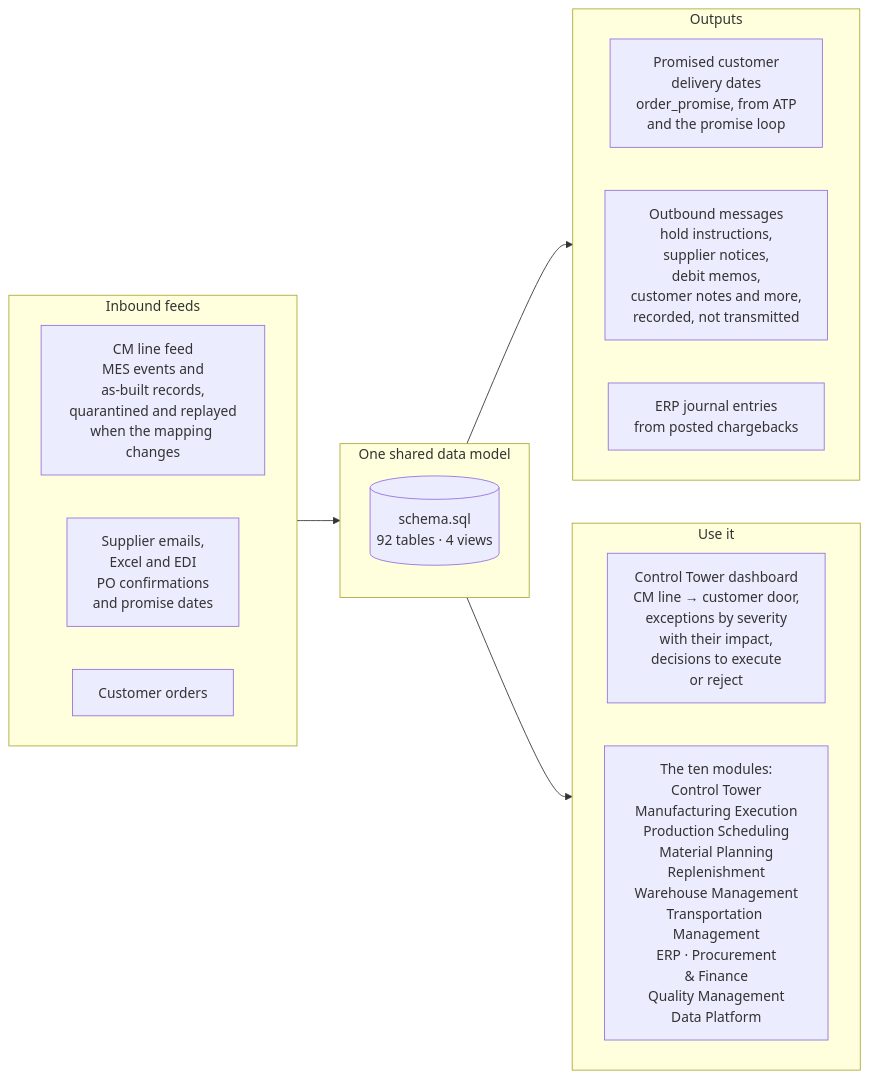
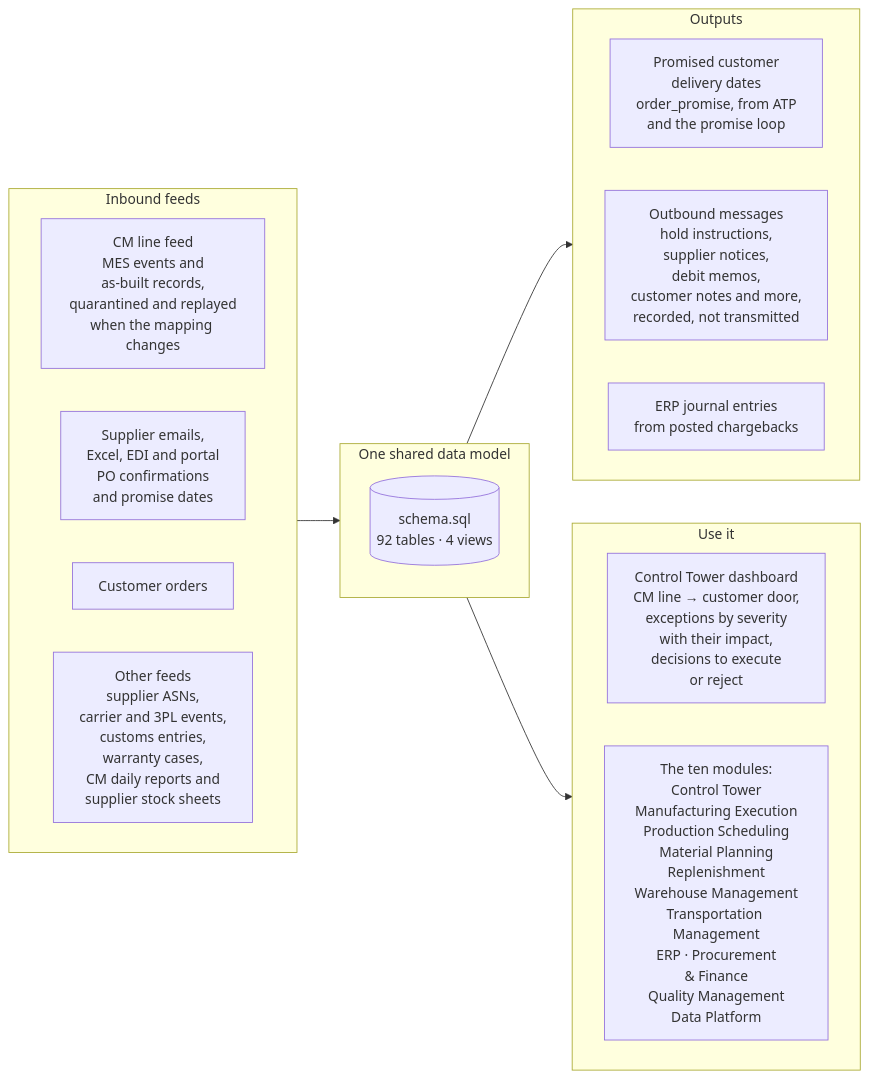
One commit to chris-supply-chain/ops-systems-prototype changed the first of 3 diagrams in README.md. Above: the diagram before and after it, drawn with Mermaid. The commit also changed 1 other file, not shown here.

Commit message:
Diagram shows every inbound feed; walkthrough ranks exceptions by severity
The first README diagram gains an "Other feeds" box (supplier ASNs, carrier
and 3PL events, customs entries, warranty cases, the CM's daily reports and
supplier stock sheets), and the supplier box names the portal, which carries
most PO confirmations. The walkthrough said the Control Tower queue is
ranked by impact; it is ranked by severity, with each item's impact shown.

````diff
--- a/README.md
+++ b/README.md
@@ -54,26 +54,27 @@
 ```mermaid
 flowchart LR
     subgraph IN["Inbound feeds"]
         direction LR
         A["CM line feed<br/>MES events and<br/>as-built records,<br/>quarantined and replayed<br/>when the mapping changes"]
-        B["Supplier emails,<br/>Excel and EDI<br/>PO confirmations<br/>and promise dates"]
+        B["Supplier emails,<br/>Excel, EDI and portal<br/>PO confirmations<br/>and promise dates"]
         C["Customer orders"]
+        J["Other feeds<br/>supplier ASNs,<br/>carrier and 3PL events,<br/>customs entries,<br/>warranty cases,<br/>CM daily reports and<br/>supplier stock sheets"]
     end
     subgraph CORE["One shared data model"]
         D[("schema.sql<br/>92 tables · 4 views")]
     end
     subgraph OUT["Outputs"]
         direction LR
         E["Promised customer<br/>delivery dates<br/>order_promise, from ATP<br/>and the promise loop"]
         F["Outbound messages<br/>hold instructions,<br/>supplier notices,<br/>debit memos,<br/>customer notes and more,<br/>recorded, not transmitted"]
         G["ERP journal entries<br/>from posted chargebacks"]
     end
     subgraph USE["Use it"]
         direction LR
         H["Control Tower dashboard<br/>CM line → customer door,<br/>exceptions by severity<br/>with their impact,<br/>decisions to execute<br/>or reject"]
         I["The ten modules:<br/>Control Tower<br/>Manufacturing Execution<br/>Production Scheduling<br/>Material Planning<br/>Replenishment<br/>Warehouse Management<br/>Transportation Management<br/>ERP · Procurement<br/>& Finance<br/>Quality Management<br/>Data Platform"]
     end
     IN --> CORE
     CORE --> OUT
     CORE --> USE
 ```
````
